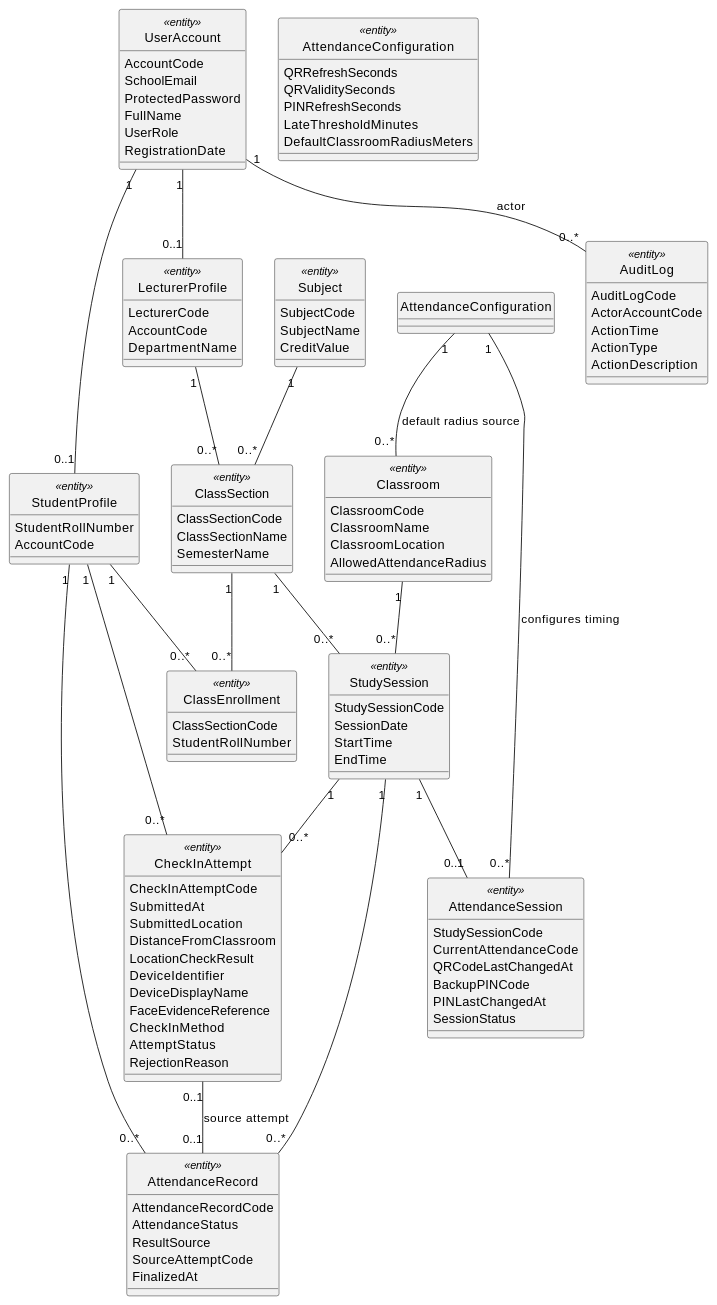
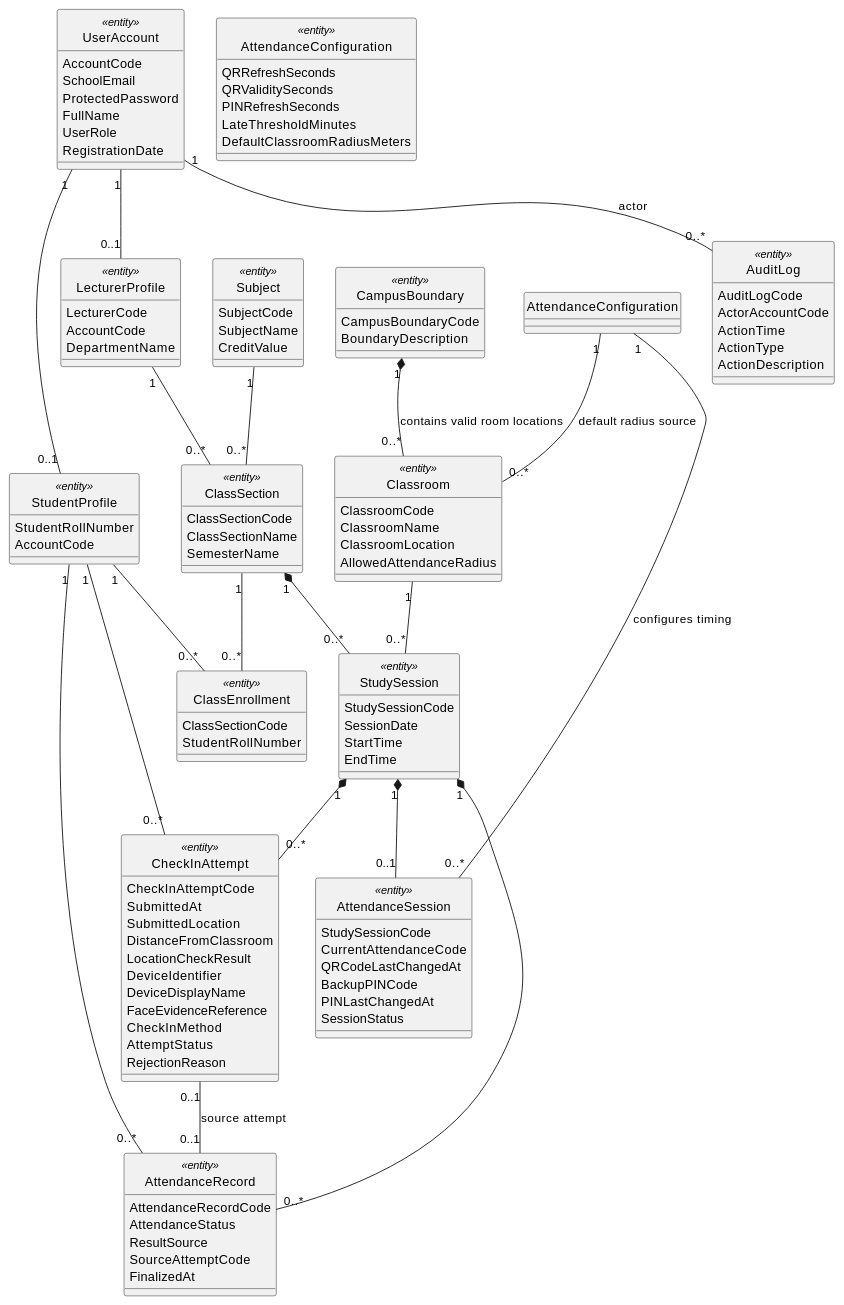
One commit to nttung42/SWD392 changed the first of 29 diagrams in docs/sds/2_Analysis.md. Above: the diagram before and after it, drawn with PlantUML. The commit also changed other lines of this file and 1 other file, not shown here.

```diff
--- a/docs/sds/2_Analysis.md
+++ b/docs/sds/2_Analysis.md
@@ -42,6 +42,11 @@
   ClassroomName
   ClassroomLocation
   AllowedAttendanceRadius
+}
+
+class "CampusBoundary" as CampusBoundary <<entity>> {
+  CampusBoundaryCode
+  BoundaryDescription
 }
 
 class "Subject" as Subject <<entity>> {
@@ -117,16 +122,17 @@
 
 UserAccount "1" -- "0..1" StudentProfile
 UserAccount "1" -- "0..1" LecturerProfile
+CampusBoundary "1" *-- "0..*" Classroom : contains valid room locations
 LecturerProfile "1" -- "0..*" ClassSection
 Subject "1" -- "0..*" ClassSection
 ClassSection "1" -- "0..*" ClassEnrollment
 StudentProfile "1" -- "0..*" ClassEnrollment
-ClassSection "1" -- "0..*" StudySession
+ClassSection "1" *-- "0..*" StudySession
 Classroom "1" -- "0..*" StudySession
-StudySession "1" -- "0..1" AttendanceSession
-StudySession "1" -- "0..*" CheckInAttempt
+StudySession "1" *-- "0..1" AttendanceSession
+StudySession "1" *-- "0..*" CheckInAttempt
 StudentProfile "1" -- "0..*" CheckInAttempt
-StudySession "1" -- "0..*" AttendanceRecord
+StudySession "1" *-- "0..*" AttendanceRecord
 StudentProfile "1" -- "0..*" AttendanceRecord
 CheckInAttempt "0..1" -- "0..1" AttendanceRecord : source attempt
 AttendanceConfiguration "1" -- "0..*" AttendanceSession : configures timing
```
